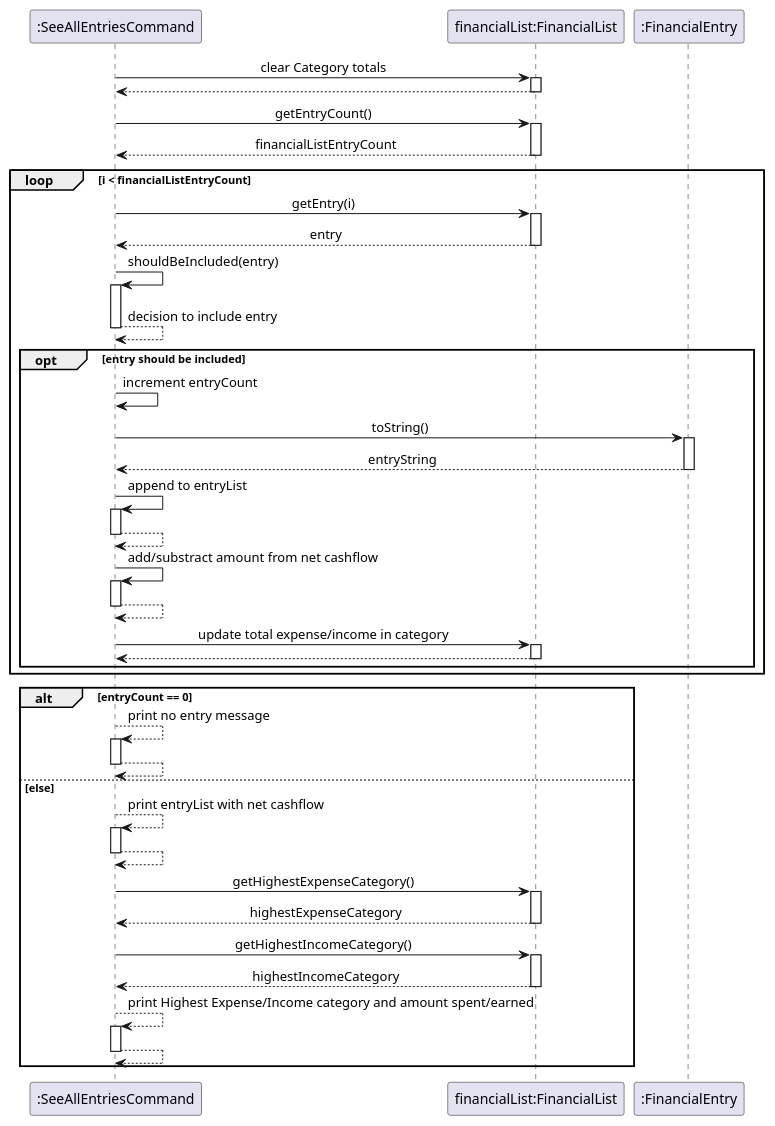
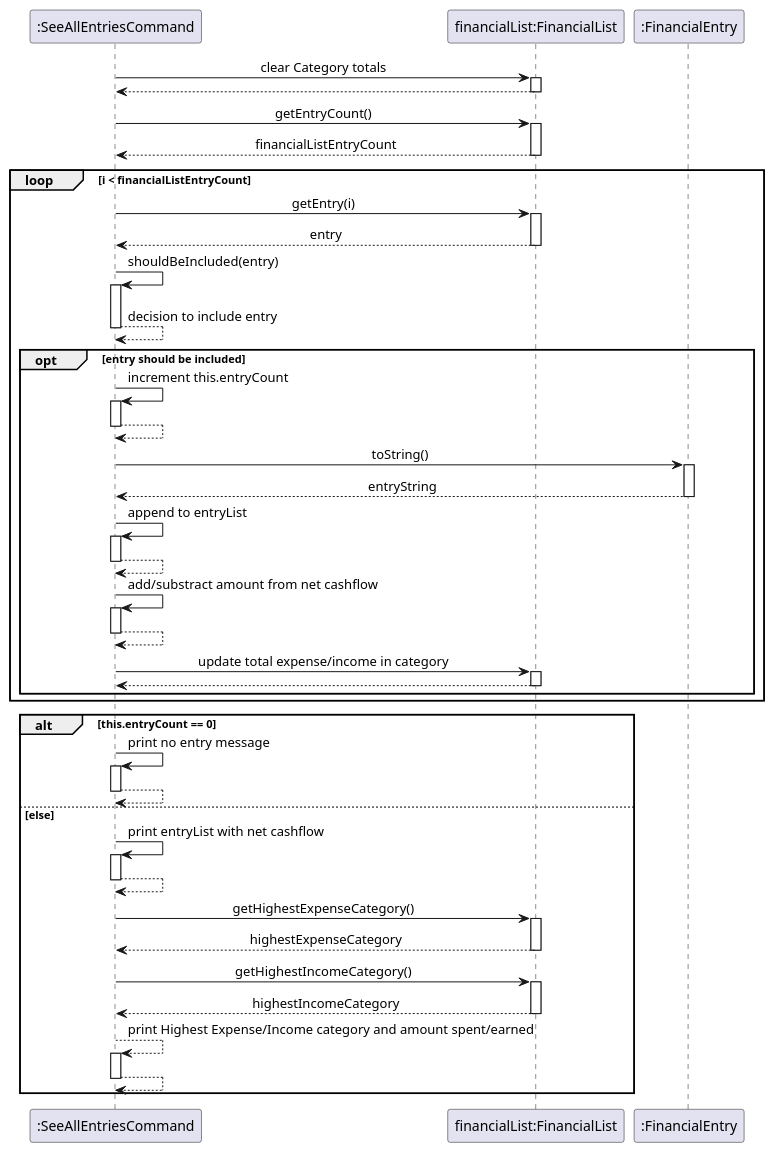
The diagram in docs/UML/SeeAllEntriesExecution.puml (nus-cs2113-AY2425S1/tp), drawn with PlantUML before and after one commit. The commit also changed 5 other files, not shown here.

Commit message:
Update sequence diagrams for List command

```diff
--- a/docs/UML/SeeAllEntriesExecution.puml
+++ b/docs/UML/SeeAllEntriesExecution.puml
@@ -1,68 +1,69 @@
 @startuml
 skinparam sequenceMessageAlign center
 skinparam responseMessageBelowArrow true
 
 participant ":SeeAllEntriesCommand" as cmd
 participant "financialList:FinancialList" as list
 participant ":FinancialEntry" as entry
 
 
 
 
 cmd -> list : clear Category totals
 activate list
 return
 
 cmd -> list : getEntryCount()
 activate list
 return financialListEntryCount
 
 loop i < financialListEntryCount
     cmd -> list : getEntry(i)
     activate list
     return entry
 
     cmd -> cmd : shouldBeIncluded(entry)
     activate cmd
     return decision to include entry
 
     opt entry should be included
-        cmd -> cmd : increment entryCount
-
+        cmd -> cmd : increment this.entryCount
+        activate cmd
+        return
 
         cmd -> entry : toString()
         activate entry
         return entryString
         cmd -> cmd : append to entryList
         activate cmd
         return
 
         cmd -> cmd : add/substract amount from net cashflow
         activate cmd
         return
         cmd -> list : update total expense/income in category
         activate list
         return
     end
 end
 
-alt entryCount == 0
-    cmd --> cmd : print no entry message
+alt this.entryCount == 0
+    cmd -> cmd : print no entry message
         activate cmd
         return
 else else
-    cmd --> cmd: print entryList with net cashflow
+    cmd -> cmd: print entryList with net cashflow
         activate cmd
         return
     cmd -> list : getHighestExpenseCategory()
     activate list
     return highestExpenseCategory
     cmd -> list : getHighestIncomeCategory()
     activate list
     return highestIncomeCategory
     cmd --> cmd: print Highest Expense/Income category and amount spent/earned
     activate cmd
     return
 end
 
 @enduml
```
